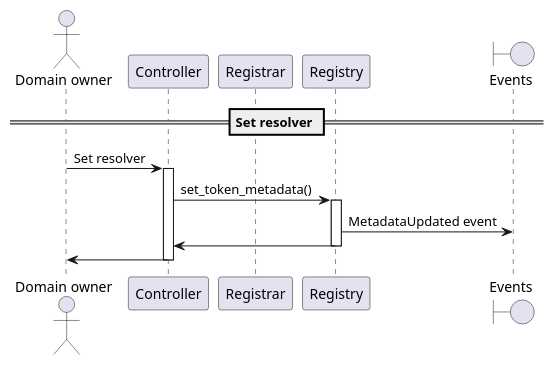
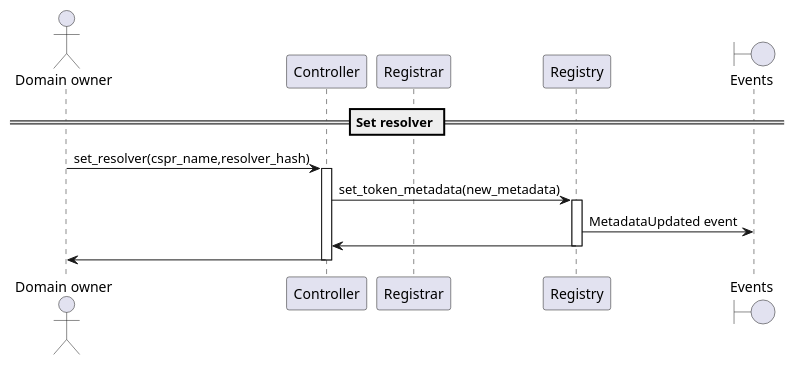
Before and after one commit to make-software/cspr-name-contracts: the diagram in docs/sequence-diagrams/puml/set-resolver.puml, drawn with PlantUML. The commit also changed 32 other files, not shown here.

```diff
--- a/docs/sequence-diagrams/puml/set-resolver.puml
+++ b/docs/sequence-diagrams/puml/set-resolver.puml
@@ -1,23 +1,23 @@
 @startuml
 'https://plantuml.com/sequence-diagram
 
 'autonumber
 actor "Domain owner"
 participant "Controller"
 participant "Registrar"
 participant "Registry"
 boundary "Events"
 
 == Set resolver ==
 
-"Domain owner" -> Controller: Set resolver
+"Domain owner" -> Controller: set_resolver(cspr_name,resolver_hash)
 activate Controller
 
-Controller -> Registry: set_token_metadata()
+Controller -> Registry: set_token_metadata(new_metadata)
 activate Registry
 Registry -> "Events": MetadataUpdated event
 Registry -> Controller
 deactivate Registry
 Controller -> "Domain owner"
 deactivate Controller
 @enduml
```
